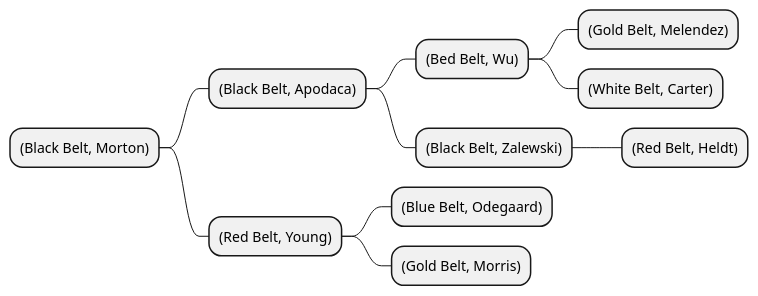
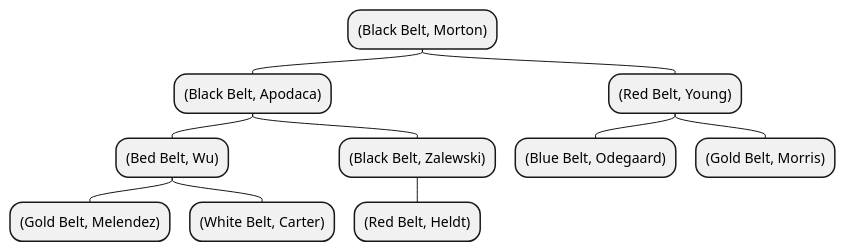
The third of 14 diagrams in docs/16_Heaps.md (elviejo79/literate_pro_for_beeminder), drawn with PlantUML before and after one commit. The commit also changed other lines of this file and 2 other files, not shown here.

````diff
--- a/docs/16_Heaps.md
+++ b/docs/16_Heaps.md
@@ -134,14 +135,16 @@
 ```plantuml
 @startmindmap
+top to bottom direction
+
 * (Black Belt, Morton)
 ** (Black Belt, Apodaca)
 *** (Bed Belt, Wu)
 **** (Gold Belt, Melendez)
 **** (White Belt, Carter)
 *** (Black Belt, Zalewski)
 **** (Red Belt, Heldt)
 ** (Red Belt, Young)
 *** (Blue Belt, Odegaard)
 *** (Gold Belt, Morris)
 @endmindmap
 ```
````
